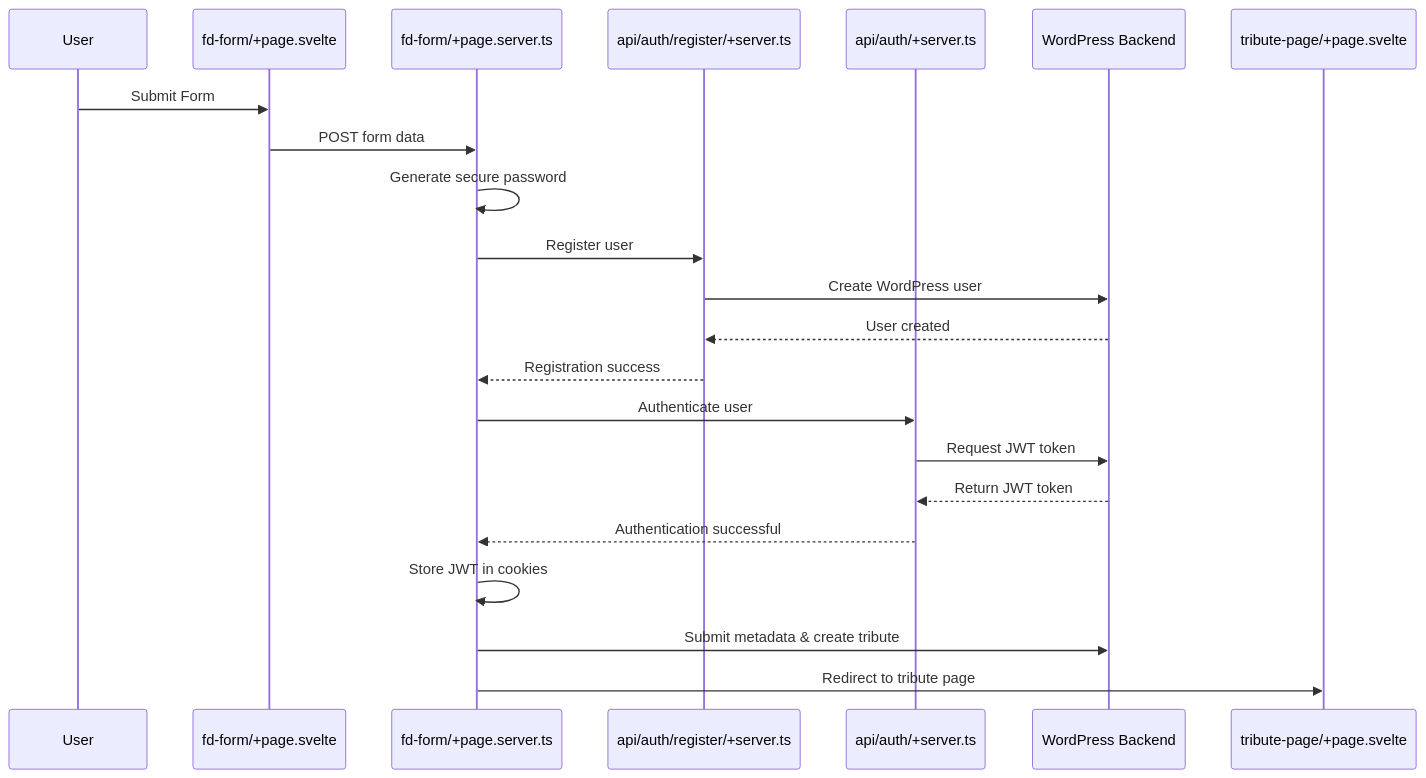
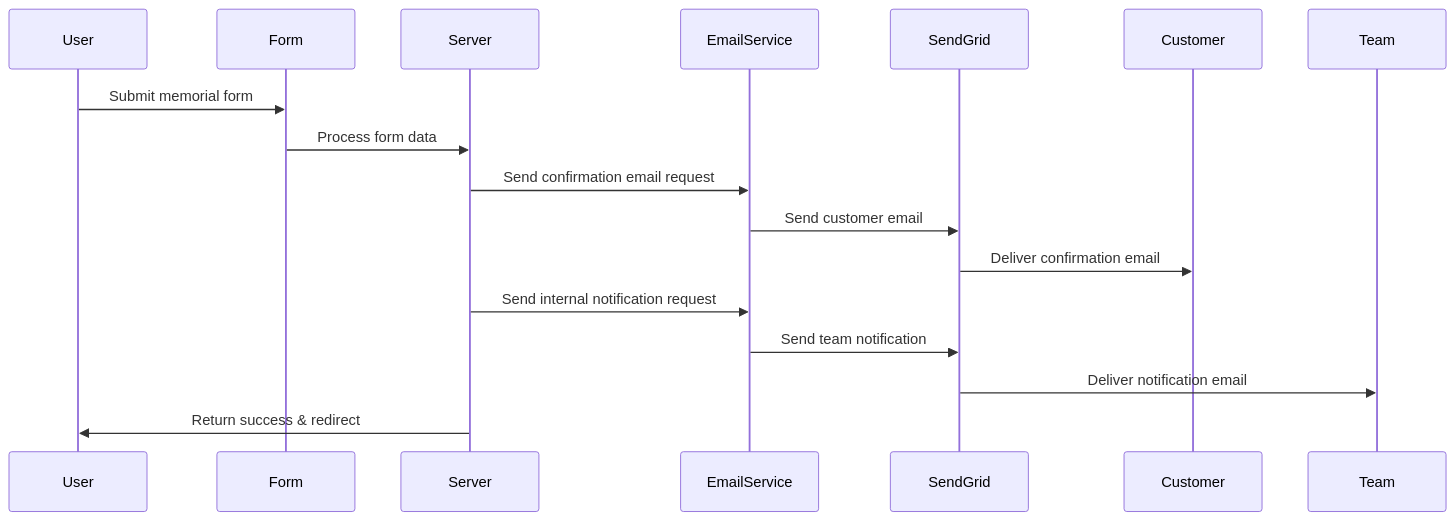
Before and after one commit to TimeMachine1994/TributetreamWebV1: the first of 2 diagrams in tributestream-form-submission-implementation.md, drawn with Mermaid. The commit also changed other lines of this file and 3 other files, not shown here.

Commit message:
Send Grid is Implemented

````diff
--- a/tributestream-form-submission-implementation.md
+++ b/tributestream-form-submission-implementation.md
@@ -17,25 +20,20 @@
 ```mermaid
 sequenceDiagram
     participant User
-    participant FDForm as fd-form/+page.svelte
-    participant FormAction as fd-form/+page.server.ts
-    participant RegisterAPI as api/auth/register/+server.ts
-    participant AuthAPI as api/auth/+server.ts
-    participant WPBackend as WordPress Backend
-    participant TributePage as tribute-page/+page.svelte
-    
-    User->>FDForm: Submit Form
-    FDForm->>FormAction: POST form data
-    FormAction->>FormAction: Generate secure password
-    FormAction->>RegisterAPI: Register user
-    RegisterAPI->>WPBackend: Create WordPress user
-    WPBackend-->>RegisterAPI: User created
-    RegisterAPI-->>FormAction: Registration success
-    FormAction->>AuthAPI: Authenticate user
-    AuthAPI->>WPBackend: Request JWT token
-    WPBackend-->>AuthAPI: Return JWT token
-    AuthAPI-->>FormAction: Authentication successful
-    FormAction->>FormAction: Store JWT in cookies
-    FormAction->>WPBackend: Submit metadata & create tribute
-    FormAction->>TributePage: Redirect to tribute page
+    participant Form
+    participant Server
+    participant EmailService
+    participant SendGrid
+    participant Customer
+    participant Team
+
+    User->>Form: Submit memorial form
+    Form->>Server: Process form data
+    Server->>EmailService: Send confirmation email request
+    EmailService->>SendGrid: Send customer email
+    SendGrid->>Customer: Deliver confirmation email
+    Server->>EmailService: Send internal notification request
+    EmailService->>SendGrid: Send team notification
+    SendGrid->>Team: Deliver notification email
+    Server->>User: Return success & redirect
 ```
````
